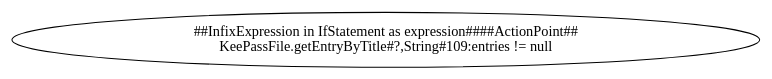
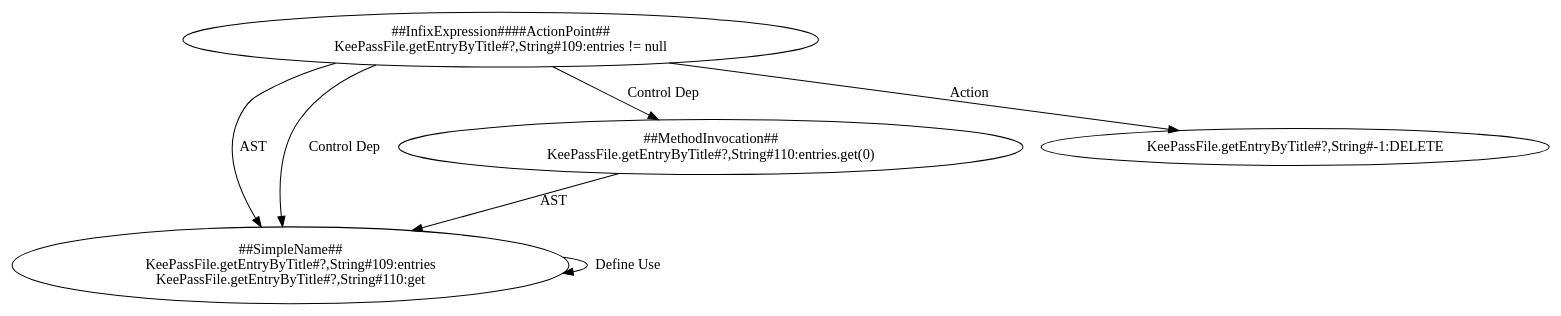
Before and after one commit to ssmingz/FixGen: the diagram in codegraph/out/pattern_EmptyCheck2.dot, drawn with Graphviz. The commit also changed 19 other files, not shown here.

```diff
--- a/codegraph/out/pattern_EmptyCheck2.dot
+++ b/codegraph/out/pattern_EmptyCheck2.dot
@@ -1,3 +1,12 @@
 digraph "Pattern" {
-0 [label="##InfixExpression in IfStatement as expression####ActionPoint##\nKeePassFile.getEntryByTitle#?,String#109:entries != null" shape=ellipse]
+0 [label="##InfixExpression####ActionPoint##\nKeePassFile.getEntryByTitle#?,String#109:entries != null" shape=ellipse]
+1 [label="##SimpleName##\nKeePassFile.getEntryByTitle#?,String#109:entries\nKeePassFile.getEntryByTitle#?,String#110:get" shape=ellipse]
+2 [label="##MethodInvocation##\nKeePassFile.getEntryByTitle#?,String#110:entries.get(0)" shape=ellipse]
+3 [label="KeePassFile.getEntryByTitle#?,String#-1:DELETE" shape=ellipse]
+0 -> 1 [label="AST"];
+0 -> 2 [label="Control Dep"];
+0 -> 1 [label="Control Dep"];
+0 -> 3 [label="Action"];
+1 -> 1 [label="Define Use"];
+2 -> 1 [label="AST"];
 }
```
